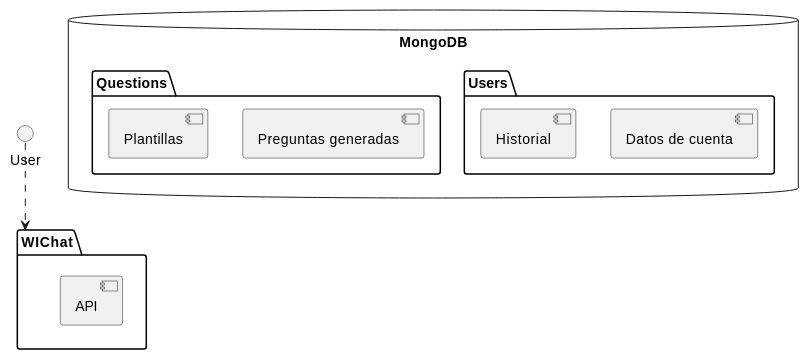
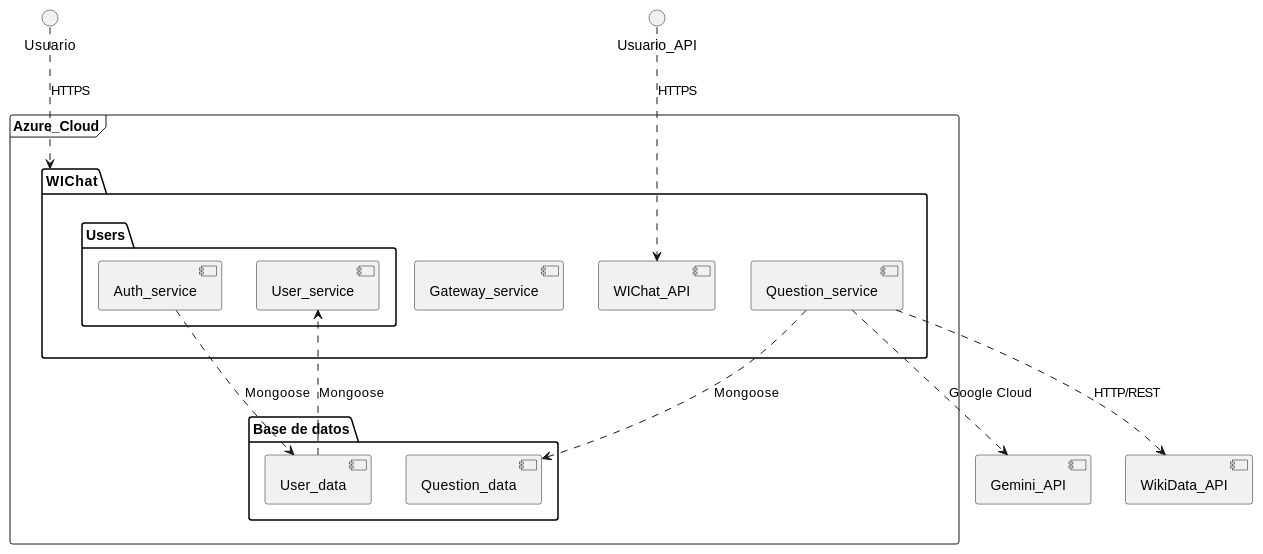
One commit to Arquisoft/wichat_es5a changed the second of 2 diagrams in docs/src/03_context_and_scope.adoc. Above: the diagram before and after it, drawn with PlantUML. The commit also changed other lines of this file, not shown here.

```diff
--- a/docs/src/03_context_and_scope.adoc
+++ b/docs/src/03_context_and_scope.adoc
@@ -54,19 +110,29 @@
-[plantuml,"Diagrama de contexto",png]
+[plantuml, "Contexto técnico WIChat", png]
 ----
-package "WIChat" {
-    [API]
-    
-}
-
-database "MongoDB" {
-    folder "Users" {
-        [Datos de cuenta]
-        [Historial]
+frame "Azure_Cloud" {
+    package "WIChat" {
+         [WIChat_API]
+         [Gateway_service]
+         [Question_service]
+         package "Users" {
+              [Auth_service]
+              [User_service]
+         }
     }
-    folder "Questions" {
-        [Preguntas generadas]
-        [Plantillas]
+    package "Base de datos" {
+        [User_data]
+        [Question_data]
     }
 }
-User ..> WIChat
+[WikiData_API]
+[Gemini_API]
+() "Usuario"
+() "Usuario_API"
+Usuario ..> WIChat : HTTPS
+Question_service ..> WikiData_API : HTTP/REST
+Question_service ..> Gemini_API : Google Cloud
+Auth_service ..> User_data : Mongoose
+User_data ..> User_service : Mongoose
+Question_service ..> Question_data : Mongoose
+Usuario_API ..> WIChat_API : HTTPS
 ----
```
